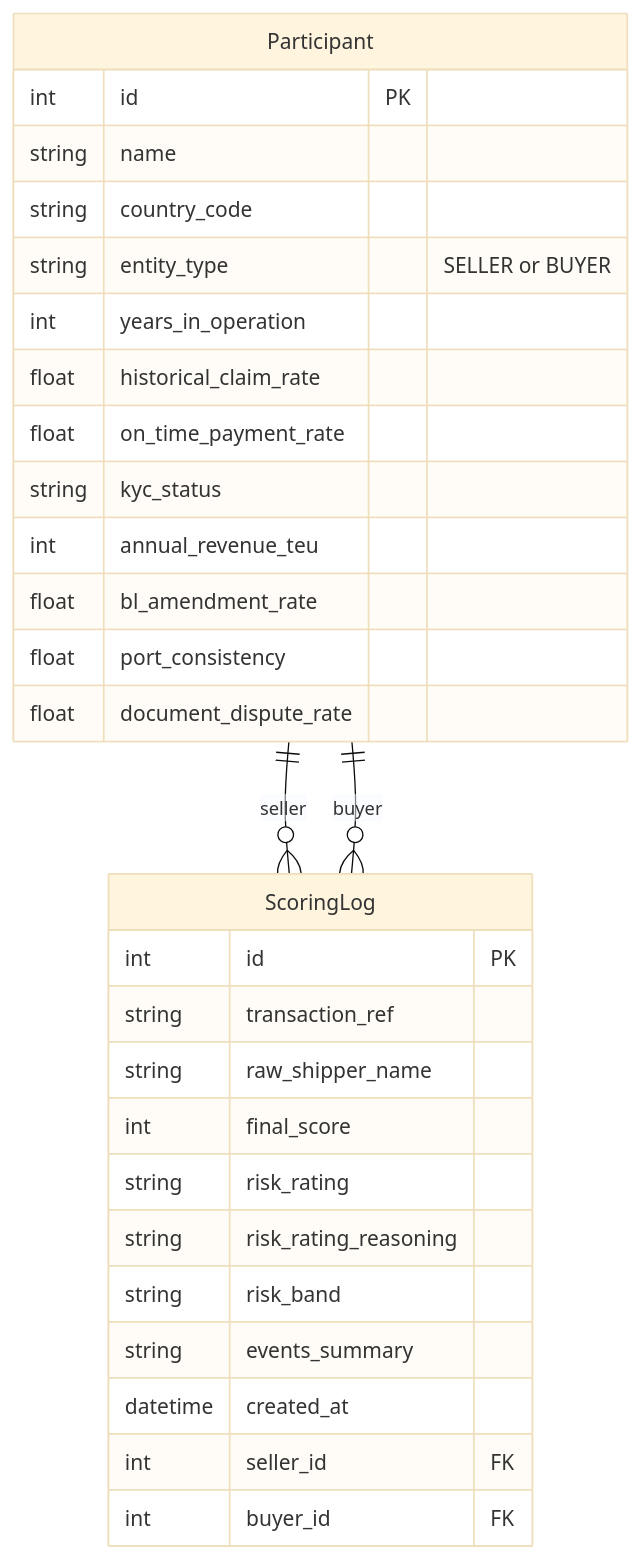
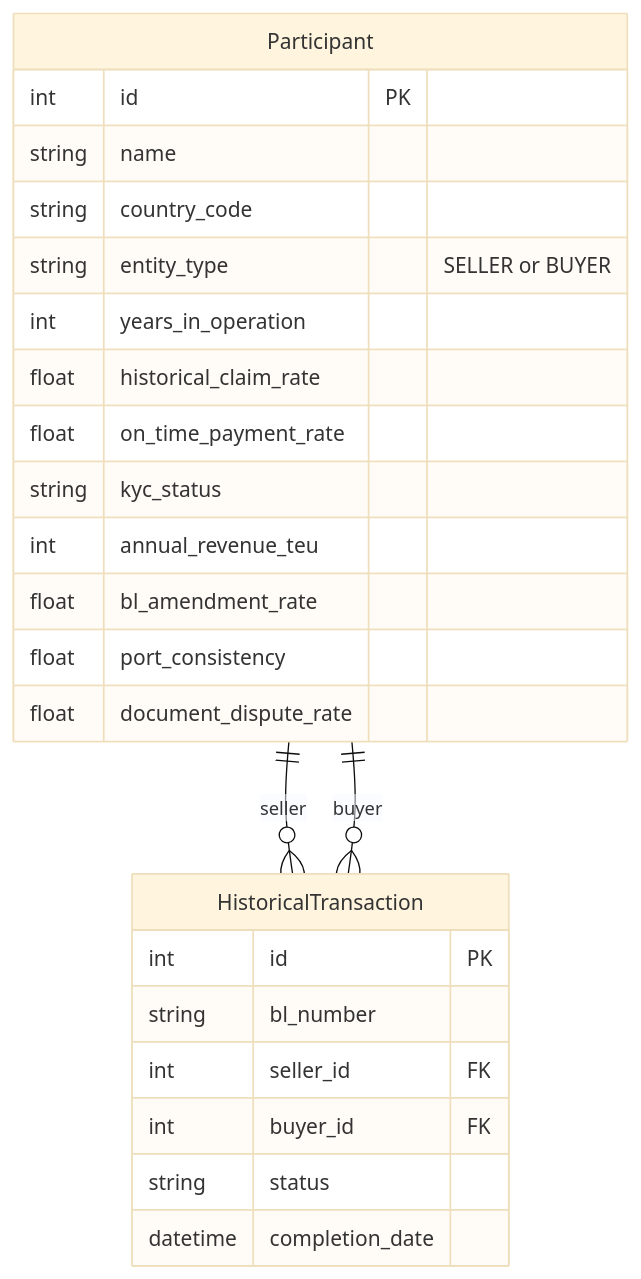
Before and after one commit to patriya-piyawiroj/willitship: the diagram in risk/README.md, drawn with Mermaid (base theme). The commit also changed other lines of this file and 7 other files, not shown here.

Commit message:
feat: Refactor participant identification with unique constraints, replace `ScoringLog` with `HistoricalTransaction`, enhance `BillOfLading` schema, and externalize high-risk ports to configuration.

````diff
--- a/risk/README.md
+++ b/risk/README.md
@@ -175,34 +168,29 @@
 ```mermaid
 erDiagram
     Participant {
         int id PK
         string name
         string country_code
         string entity_type "SELLER or BUYER"
         int years_in_operation
         float historical_claim_rate
         float on_time_payment_rate
         string kyc_status
         int annual_revenue_teu
         float bl_amendment_rate
         float port_consistency
         float document_dispute_rate
     }
 
-    ScoringLog {
+    HistoricalTransaction {
         int id PK
-        string transaction_ref
-        string raw_shipper_name
-        int final_score
-        string risk_rating
-        string risk_rating_reasoning
-        string risk_band
-        string events_summary
-        datetime created_at
+        string bl_number
         int seller_id FK
         int buyer_id FK
+        string status
+        datetime completion_date
     }
 
-    Participant ||--o{ ScoringLog : "seller"
-    Participant ||--o{ ScoringLog : "buyer"
+    Participant ||--o{ HistoricalTransaction : "seller"
+    Participant ||--o{ HistoricalTransaction : "buyer"
 ```
````
